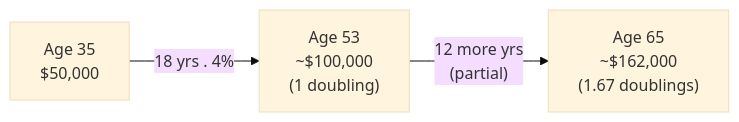
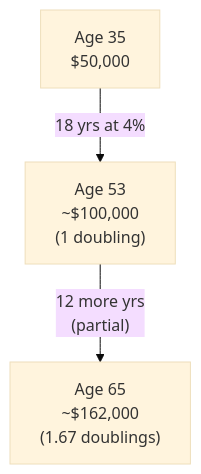
The first of 2 diagrams in docs/first-60-days/week-6/day-32.md (leotansingapore/aia-product-compass-hub), drawn with Mermaid (base theme) before and after one commit. The commit also changed other lines of this file and 56 other files, not shown here.

Commit message:
Readability pass across first-60-days: styled HTML to tables/diagrams, cleaner formatting, no leaked metadata

````diff
--- a/docs/first-60-days/week-6/day-32.md
+++ b/docs/first-60-days/week-6/day-32.md
@@ -61,5 +61,5 @@
 ```mermaid
-flowchart LR
-    A["Age 35<br/>$50,000"] -->|"18 yrs . 4%"| B["Age 53<br/>~$100,000<br/>(1 doubling)"]
+flowchart TD
+    A["Age 35<br/>$50,000"] -->|"18 yrs at 4%"| B["Age 53<br/>~$100,000<br/>(1 doubling)"]
     B -->|"12 more yrs<br/>(partial)"| C["Age 65<br/>~$162,000<br/>(1.67 doublings)"]
 ```
````
